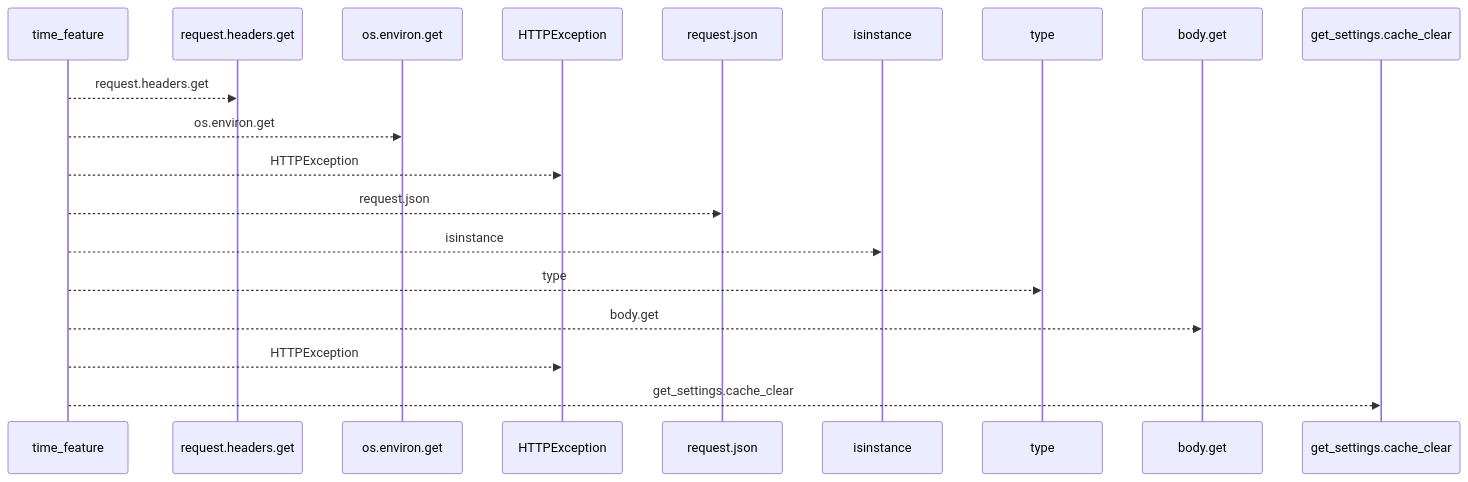
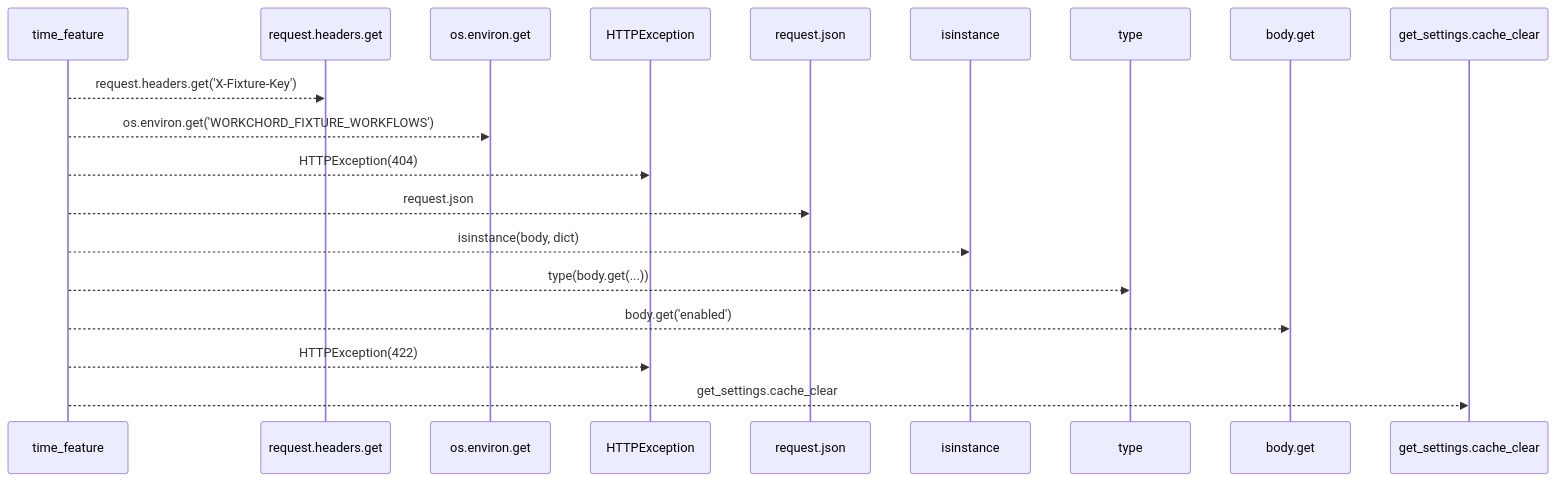
Before and after one commit to Denissvgn/WorkChord: the first of 2 diagrams in docs/llm_wiki/flows/http-time_feature.md, drawn with Mermaid. The commit also changed other lines of this file and 25171 other files, not shown here.

````diff
--- a/docs/llm_wiki/flows/http-time_feature.md
+++ b/docs/llm_wiki/flows/http-time_feature.md
@@ -10,21 +12,21 @@
 ```mermaid
 sequenceDiagram
     participant p0 as time_feature
     participant p1 as request.headers.get
     participant p2 as os.environ.get
     participant p3 as HTTPException
     participant p4 as request.json
     participant p5 as isinstance
     participant p6 as type
     participant p7 as body.get
     participant p8 as get_settings.cache_clear
-    p0-->>p1: request.headers.get
-    p0-->>p2: os.environ.get
-    p0-->>p3: HTTPException
+    p0-->>p1: request.headers.get('X-Fixture-Key')
+    p0-->>p2: os.environ.get('WORKCHORD_FIXTURE_WORKFLOWS')
+    p0-->>p3: HTTPException(404)
     p0-->>p4: request.json
-    p0-->>p5: isinstance
-    p0-->>p6: type
-    p0-->>p7: body.get
-    p0-->>p3: HTTPException
+    p0-->>p5: isinstance(body, dict)
+    p0-->>p6: type(body.get(...))
+    p0-->>p7: body.get('enabled')
+    p0-->>p3: HTTPException(422)
     p0-->>p8: get_settings.cache_clear
 ```
````
